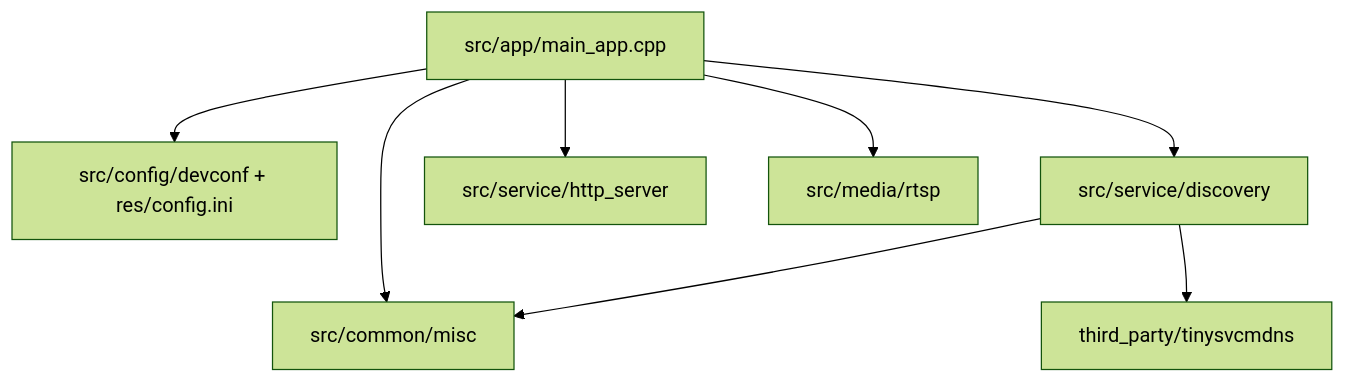
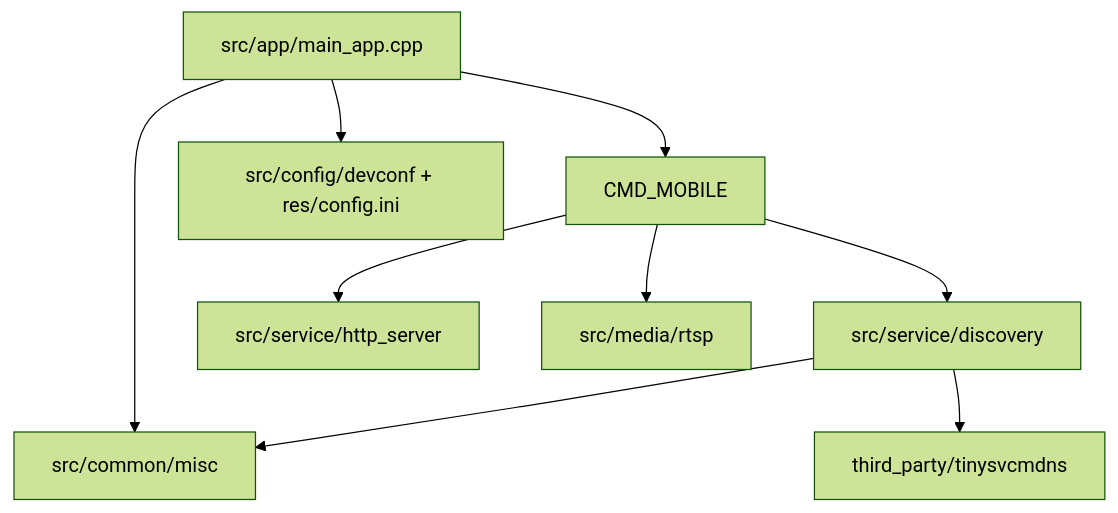
One commit to peter-zen/t32_cam changed the first of 2 diagrams in doc/solution/20260313-t32-mdns-integration-plan.md. Above: the diagram before and after it, drawn with Mermaid (forest theme). The commit also changed other lines of this file and 2 other files, not shown here.

Commit message:
refactor: start mdns before http and rtsp in mobile mode

````diff
--- a/doc/solution/20260313-t32-mdns-integration-plan.md
+++ b/doc/solution/20260313-t32-mdns-integration-plan.md
@@ -53,18 +56,20 @@
 ```mermaid
 graph TD
     APP[src/app/main_app.cpp]
+    MOBILE[CMD_MOBILE]
     CFG[src/config/devconf + res/config.ini]
     MISC[src/common/misc]
-    SVC[src/service/discovery]
+    MDNS[src/service/discovery]
     TP[third_party/tinysvcmdns]
     HTTP[src/service/http_server]
     RTSP[src/media/rtsp]
 
     APP --> CFG
     APP --> MISC
-    APP --> HTTP
-    APP --> RTSP
-    APP --> SVC
-    SVC --> TP
-    SVC --> MISC
+    APP --> MOBILE
+    MOBILE --> MDNS
+    MOBILE --> HTTP
+    MOBILE --> RTSP
+    MDNS --> TP
+    MDNS --> MISC
 ```
````
